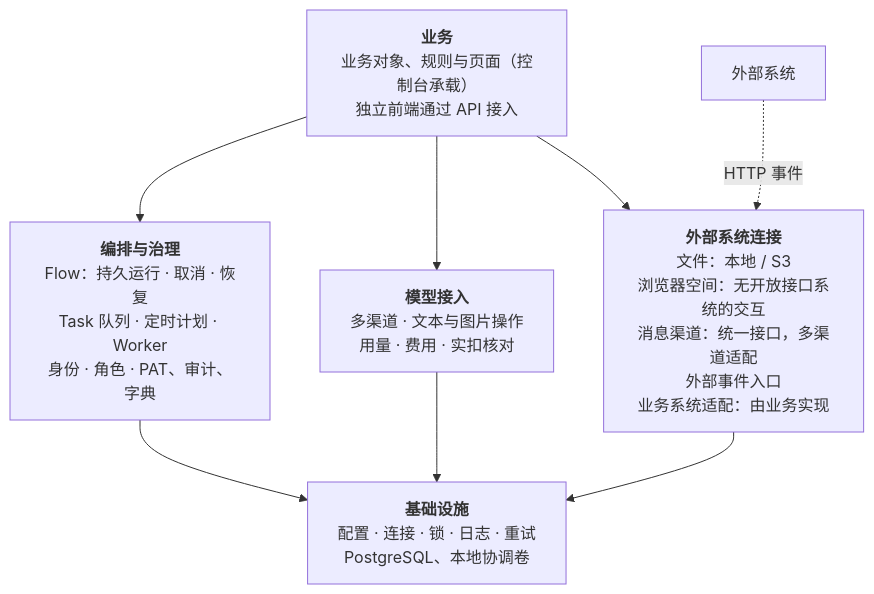
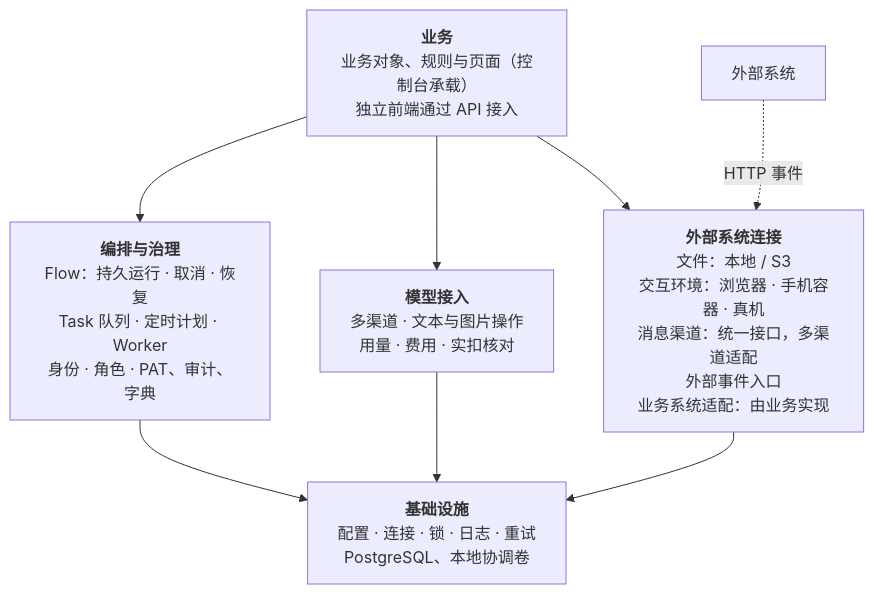
The first of 4 diagrams in docs/architecture.md (pfjhyyj/keystone), drawn with Mermaid before and after one commit. The commit also changed other lines of this file and 6 other files, not shown here.

````diff
--- a/docs/architecture.md
+++ b/docs/architecture.md
@@ -11,13 +11,13 @@
 ```mermaid
 flowchart TB
   biz["<b>业务</b><br/>业务对象、规则与页面（控制台承载）<br/>独立前端通过 API 接入"]
   orch["<b>编排与治理</b><br/>Flow：持久运行 · 取消 · 恢复<br/>Task 队列 · 定时计划 · Worker<br/>身份 · 角色 · PAT、审计、字典"]
   model["<b>模型接入</b><br/>多渠道 · 文本与图片操作<br/>用量 · 费用 · 实扣核对"]
-  conn["<b>外部系统连接</b><br/>文件：本地 / S3<br/>浏览器空间：无开放接口系统的交互<br/>消息渠道：统一接口，多渠道适配<br/>外部事件入口<br/>业务系统适配：由业务实现"]
+  conn["<b>外部系统连接</b><br/>文件：本地 / S3<br/>交互环境：浏览器 · 手机容器 · 真机<br/>消息渠道：统一接口，多渠道适配<br/>外部事件入口<br/>业务系统适配：由业务实现"]
   infra["<b>基础设施</b><br/>配置 · 连接 · 锁 · 日志 · 重试<br/>PostgreSQL、本地协调卷"]
   ext["外部系统"]
 
   biz --> orch & model & conn
   orch & model & conn --> infra
   ext -. HTTP 事件 .-> conn
 ```
````
